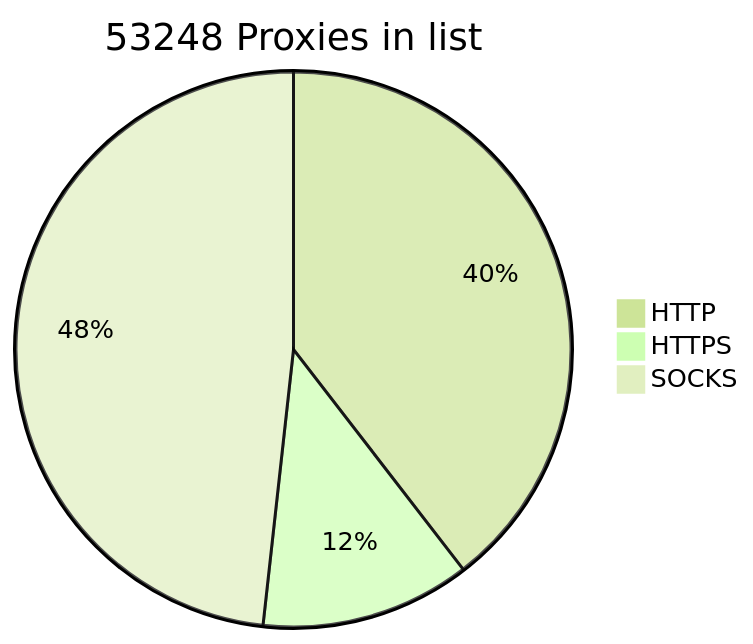
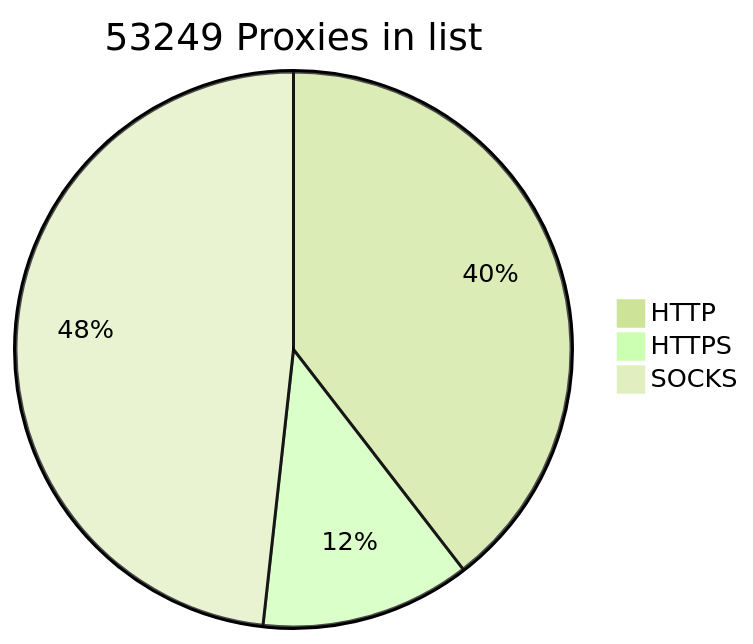
Before and after one commit to BlackSnowDot/proxylist-update-every-minute: the diagram in README.md, drawn with Mermaid (forest theme).

````diff
--- a/README.md
+++ b/README.md
@@ -2,6 +2,6 @@
 ```mermaid
-pie title 53248 Proxies in list
+pie title 53249 Proxies in list
     "HTTP" : 23523
-    "HTTPS": 7266
+    "HTTPS": 7267
     "SOCKS" : 28703
 ```
````
